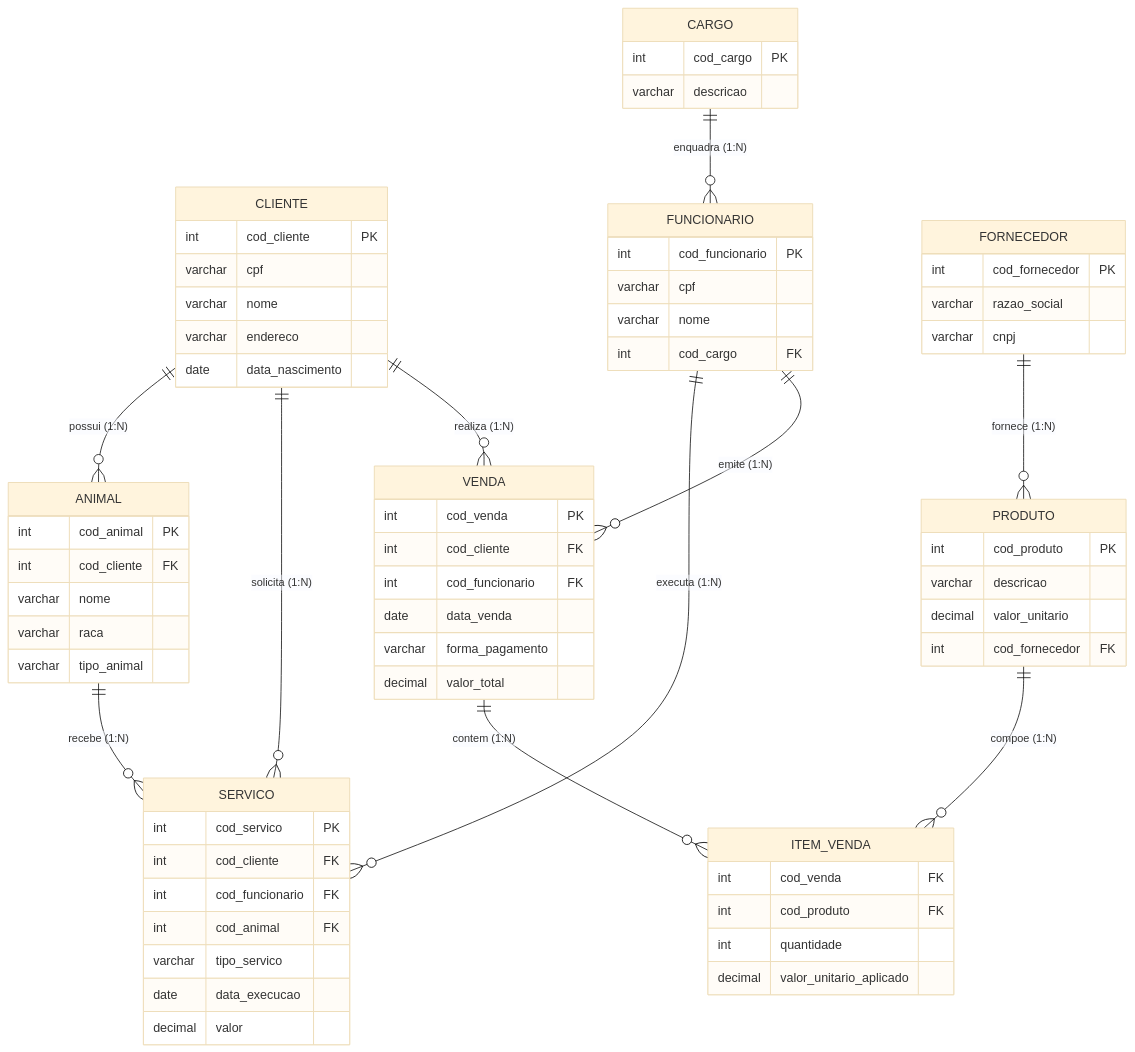
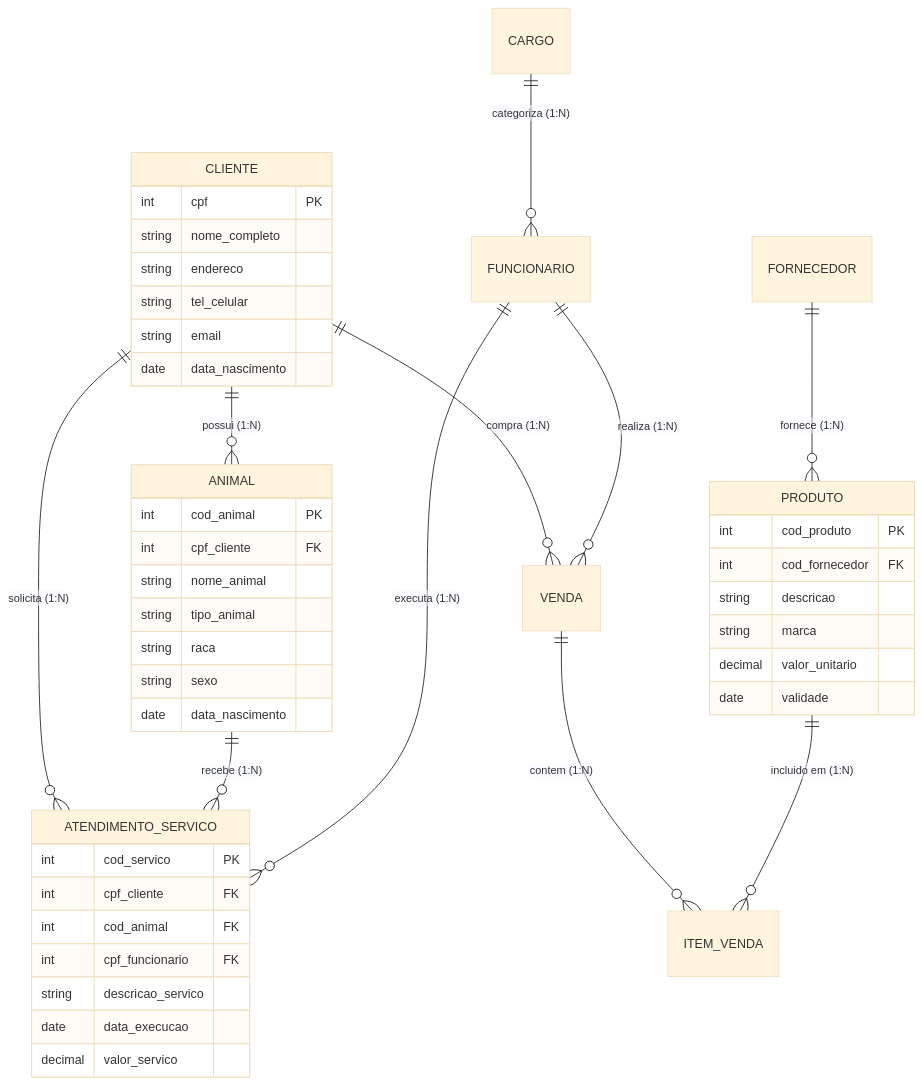
The fifth of 14 diagrams in 3º Semestre/[Prof. Guilherme de Morais] Banco de Dados II/Resumos-IA/Caderno-Consolidado.md (murilolol/unifef), drawn with Mermaid (base theme) before and after one commit. The commit also changed other lines of this file and 40 other files, not shown here.

````diff
--- a/3º Semestre/[Prof. Guilherme de Morais] Banco de Dados II/Resumos-IA/Caderno-Consolidado.md
+++ b/3º Semestre/[Prof. Guilherme de Morais] Banco de Dados II/Resumos-IA/Caderno-Consolidado.md
@@ -250,83 +235,48 @@
 ```mermaid
 erDiagram
-    CLIENTE ||--o{ ANIMAL : "possui (1:N)"
-    CLIENTE ||--o{ SERVICO : "solicita (1:N)"
-    CLIENTE ||--o{ VENDA : "realiza (1:N)"
-    
-    CARGO ||--o{ FUNCIONARIO : "enquadra (1:N)"
-    FUNCIONARIO ||--o{ SERVICO : "executa (1:N)"
-    FUNCIONARIO ||--o{ VENDA : "emite (1:N)"
-    
-    ANIMAL ||--o{ SERVICO : "recebe (1:N)"
-    
-    FORNECEDOR ||--o{ PRODUTO : "fornece (1:N)"
-    PRODUTO ||--o{ ITEM_VENDA : "compoe (1:N)"
-    VENDA ||--o{ ITEM_VENDA : "contem (1:N)"
+  CARGO ||--o{ FUNCIONARIO : "categoriza (1:N)"
+  CLIENTE ||--o{ ANIMAL : "possui (1:N)"
+  CLIENTE ||--o{ ATENDIMENTO_SERVICO : "solicita (1:N)"
+  ANIMAL ||--o{ ATENDIMENTO_SERVICO : "recebe (1:N)"
+  FUNCIONARIO ||--o{ ATENDIMENTO_SERVICO : "executa (1:N)"
+  FORNECEDOR ||--o{ PRODUTO : "fornece (1:N)"
+  CLIENTE ||--o{ VENDA : "compra (1:N)"
+  FUNCIONARIO ||--o{ VENDA : "realiza (1:N)"
+  VENDA ||--o{ ITEM_VENDA : "contem (1:N)"
+  PRODUTO ||--o{ ITEM_VENDA : "incluido em (1:N)"
 
-    CLIENTE {
-        int cod_cliente PK
-        varchar cpf
-        varchar nome
-        varchar endereco
-        date data_nascimento
-    }
-
-    ANIMAL {
-        int cod_animal PK
-        int cod_cliente FK
-        varchar nome
-        varchar raca
-        varchar tipo_animal
-    }
-
-    CARGO {
-        int cod_cargo PK
-        varchar descricao
-    }
-
-    FUNCIONARIO {
-        int cod_funcionario PK
-        varchar cpf
-        varchar nome
-        int cod_cargo FK
-    }
-
-    PRODUTO {
-        int cod_produto PK
-        varchar descricao
-        decimal valor_unitario
-        int cod_fornecedor FK
-    }
-
-    FORNECEDOR {
-        int cod_fornecedor PK
-        varchar razao_social
-        varchar cnpj
-    }
-
-    SERVICO {
-        int cod_servico PK
-        int cod_cliente FK
-        int cod_funcionario FK
-        int cod_animal FK
-        varchar tipo_servico
-        date data_execucao
-        decimal valor
-    }
-
-    VENDA {
-        int cod_venda PK
-        int cod_cliente FK
-        int cod_funcionario FK
-        date data_venda
-        varchar forma_pagamento
-        decimal valor_total
-    }
-
-    ITEM_VENDA {
-        int cod_venda FK
-        int cod_produto FK
-        int quantidade
-        decimal valor_unitario_aplicado
-    }
+  CLIENTE {
+    int cpf PK
+    string nome_completo
+    string endereco
+    string tel_celular
+    string email
+    date data_nascimento
+  }
+  ANIMAL {
+    int cod_animal PK
+    int cpf_cliente FK
+    string nome_animal
+    string tipo_animal
+    string raca
+    string sexo
+    date data_nascimento
+  }
+  ATENDIMENTO_SERVICO {
+    int cod_servico PK
+    int cpf_cliente FK
+    int cod_animal FK
+    int cpf_funcionario FK
+    string descricao_servico
+    date data_execucao
+    decimal valor_servico
+  }
+  PRODUTO {
+    int cod_produto PK
+    int cod_fornecedor FK
+    string descricao
+    string marca
+    decimal valor_unitario
+    date validade
+  }
 ```
````
